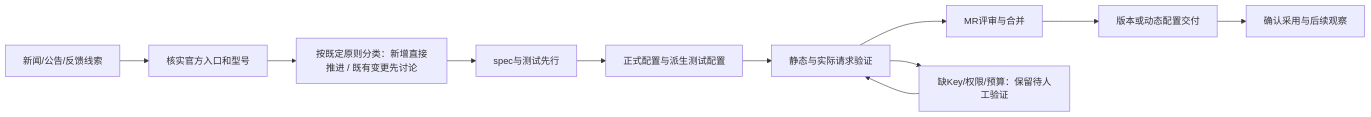
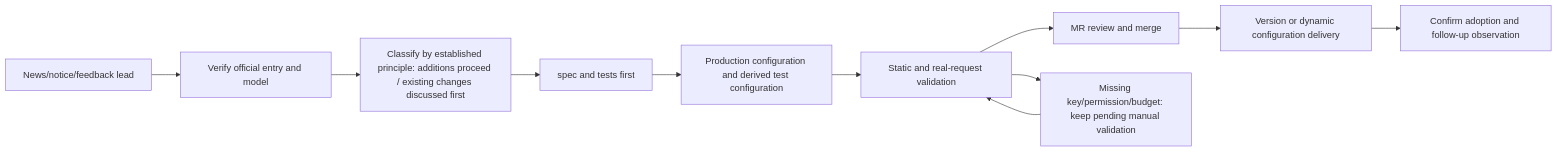
The diagram in docs/builtin-provider-maintenance/workflow.md (osben/ZCode), drawn with Mermaid before and after one commit. The commit also changed other lines of this file and 25 other files, not shown here.

````diff
--- a/docs/builtin-provider-maintenance/workflow.md
+++ b/docs/builtin-provider-maintenance/workflow.md
@@ -7,13 +7,13 @@
 ```mermaid
 flowchart LR
-    A[新闻/公告/反馈线索] --> B[核实官方入口和型号]
-    B --> C[按既定原则分类：新增直接推进 / 既有变更先讨论]
-    C --> D[spec与测试先行]
-    D --> E[正式配置与派生测试配置]
-    E --> F[静态与实际请求验证]
-    F --> G[MR评审与合并]
-    G --> H[版本或动态配置交付]
-    H --> I[确认采用与后续观察]
-    F --> J[缺Key/权限/预算：保留待人工验证]
+    A[News/notice/feedback lead] --> B[Verify official entry and model]
+    B --> C[Classify by established principle: additions proceed / existing changes discussed first]
+    C --> D[spec and tests first]
+    D --> E[Production configuration and derived test configuration]
+    E --> F[Static and real-request validation]
+    F --> G[MR review and merge]
+    G --> H[Version or dynamic configuration delivery]
+    H --> I[Confirm adoption and follow-up observation]
+    F --> J[Missing key/permission/budget: keep pending manual validation]
     J --> F
 ```
````
